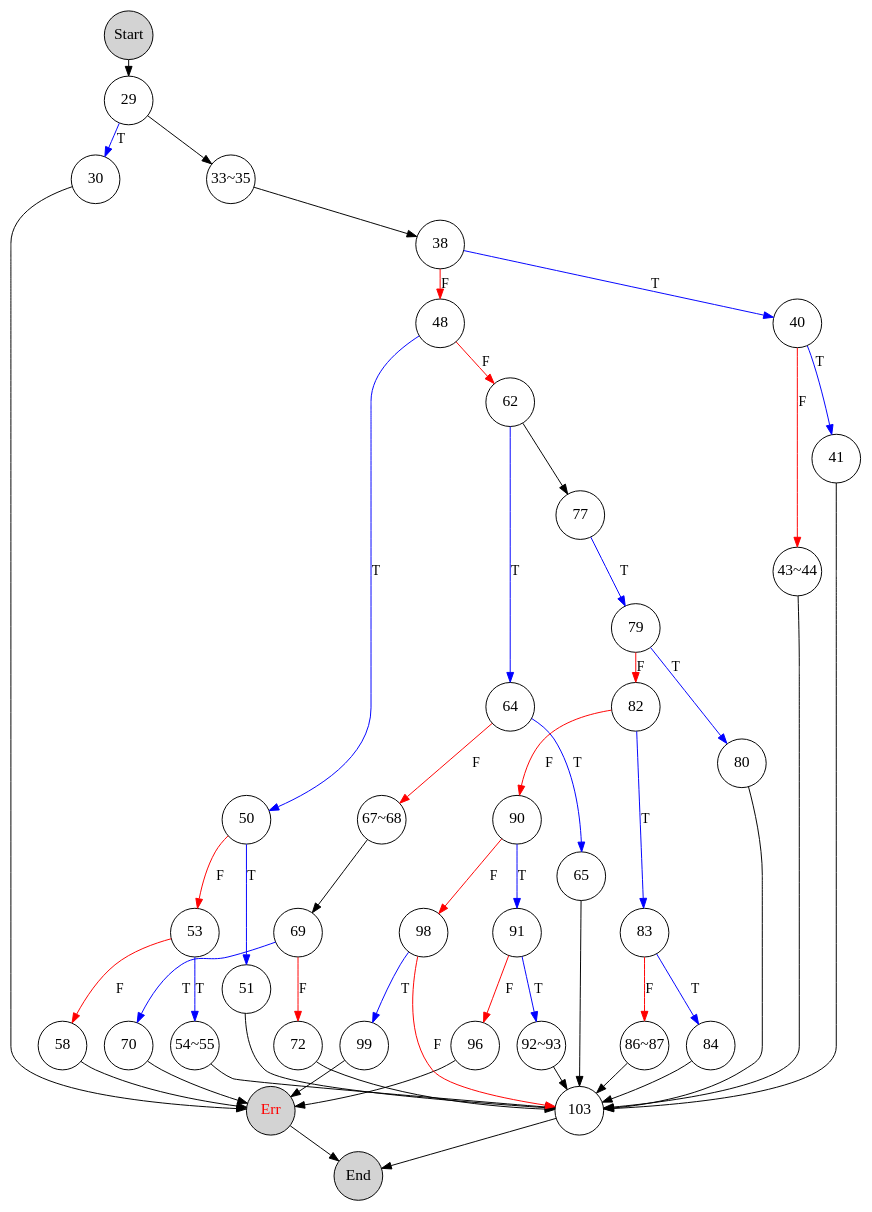
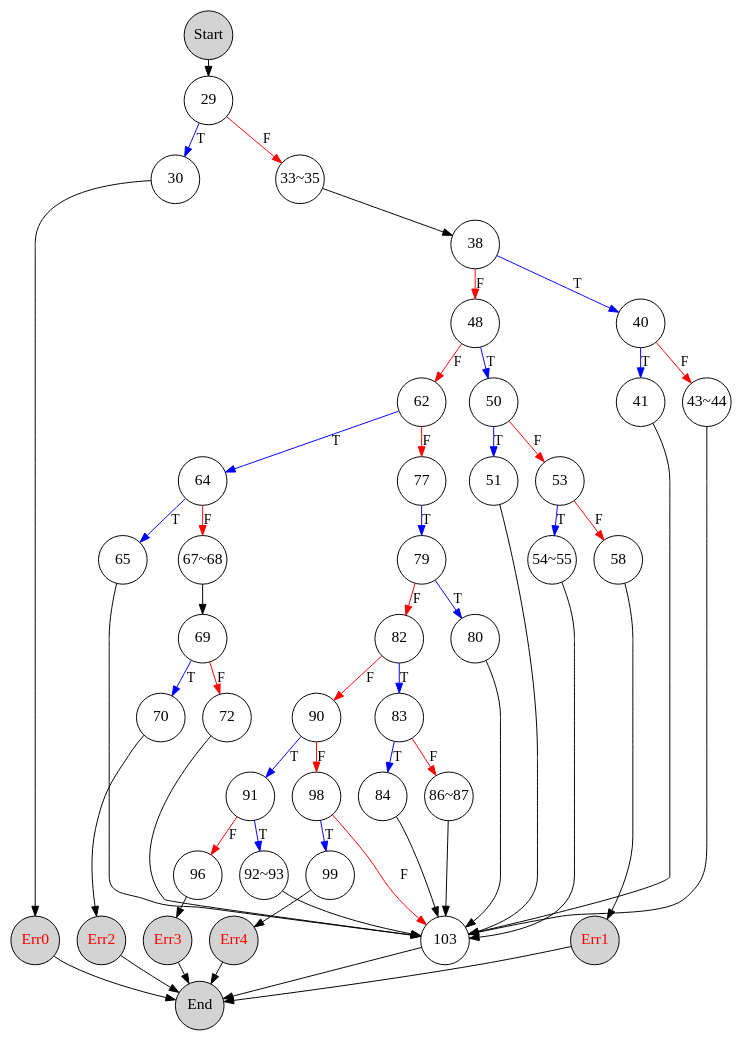
One commit to dujung/nextdate changed the diagram in nextdate.dot. Above: the diagram before and after it, drawn with Graphviz. The commit also changed 1 other file, not shown here.

Commit message:
branch label

```diff
--- a/nextdate.dot
+++ b/nextdate.dot
@@ -1,83 +1,99 @@
 digraph nextdate {
     ranksep=0.1
     graph [rankdir = "TB"];
     node  [fontsize=16,fixedsize=true,width=0.7,shape=circle];
 
     Start [fontcolor="black", fillcolor="lightgray", style=filled]; 
     End   [fontcolor="black", fillcolor="lightgray", style=filled]; 
-    Err   [fontcolor="red", fillcolor="lightgray", style=filled]; 
+    Err0   [fontcolor="red", fillcolor="lightgray", style=filled]; 
+    Err1   [fontcolor="red", fillcolor="lightgray", style=filled]; 
+    Err2   [fontcolor="red", fillcolor="lightgray", style=filled]; 
+    Err3   [fontcolor="red", fillcolor="lightgray", style=filled]; 
+    Err4   [fontcolor="red", fillcolor="lightgray", style=filled]; 
 
     Start -> 29;
 
     //Restrictions that the year must have the following invariant: 1801 <= year <= 2021
     29 -> 30 [label = "T" color="blue"];
-        30 -> Err;
+        30 -> Err0;
 
     //these variables will hold the proper values for the nextDate's day, month, and year values, respectively
-    29 -> "33~35" -> 38;
+    29 -> "33~35" [label = "F" color="red"];    // F
+    "33~35" -> 38;
 
     //Is this month with 31 days?
     38 -> 40 [label = "T" color="blue"];    // T
         40 -> 41 [label = "T" color="blue"];    // F
             41 -> 103;
         40 -> "43~44" [label = "F" color="red"];    // F
             "43~44" -> 103;
 
     //is this month a month with 30 days?
     38 -> 48 [label = "F" color="red"];
     48 -> 50 [label = "T" color="blue"];
         50 -> 51 [label = "T" color="blue"];
             51 -> 103;
         50 -> 53 [label = "F" color="red"];
             53 -> "54~55" [label = "T" color="blue"];
                 "54~55" -> 103;
             53 -> 58 [label = "F" color="red"];
-                58 -> Err;
+                58 -> Err1;
 
     //is this month December?
     48 -> 62 [label = "F" color="red"];
     62 -> 64 [label = "T" color="blue"];        // T
         64 -> 65 [label = "T" color="blue"];    // T
             65 -> 103;
         64 -> "67~68" [label = "F" color="red"]; // F
             "67~68" -> 69;
                 69 -> 70 [label = "T" color="blue"]; // T
-                    70 -> Err;
+                    70 -> Err2;
                 69 -> 72 [label = "F" color="red"]; // F
                     72 -> 103;
 
 
     //is this month February? we need to check for leap years and such
-    62 -> 77;
+    62 -> 77 [label = "F" color="red"];
     77 -> 79 [label = "T" color="blue"];   // T
         79 -> 80 [label = "T" color="blue"];   //T
             80 -> 103;
         79 -> 82 [label = "F" color="red"];  // F
             82 -> 83 [label = "T" color="blue"];   //T
                 83 -> 84 [label = "T" color="blue"];   // T
                     84 -> 103;
                 83 -> "86~87" [label = "F" color="red"]; //F
                     "86~87" -> 103;
             82 -> 90 [label = "F" color="red"];  //F
                 90 -> 91 [label = "T" color="blue"]; //T
                     91 -> "92~93" [label = "T" color="blue"]; //T
                         "92~93" -> 103;
                     91 -> 96 [label = "F" color="red"];   //F
-                        96 -> Err;
+                        96 -> Err3;
                 90 -> 98 [label = "F" color="red"];   //F
                     98 -> 99 [label = "T" color="blue"];   //T
-                        99 -> Err;
+                        99 -> Err4;
                     98 -> 103 [label = "F" color="red"];  // F 
                 
 
     //return the string representing the nextDate, in the form MM/DD/YY
     103 -> End;
-    Err -> End;
+
+    // Errors
+    Err0 -> End;
+    Err1 -> End;
+    Err2 -> End;
+    Err3 -> End;
+    Err4 -> End;
 
 
     // ranking
     { rank = same; 30; "33~35";}    
-    { rank = same; 40; 48;}    
-    // { rank = same; 50; 62;}    
-    // { rank = same; 64; 77;}    
+    { rank = same; 40; 48;}
+    { rank = same; 50; 62; 41; "43~44"}
+    { rank = same; 64; 77; 53; 51;}
+    { rank = same; "54~55"; 58; 65; 79; "67~68";}
+    { rank = same; 69; 82; 80;}
+    { rank = same; 70; 72; 83; 90}
+    { rank = same; 84; "86~87"; 91; 98}
+    { rank = same; "Err0"; "Err1"; "Err2", "Err3"; "Err4"}
 }
```
